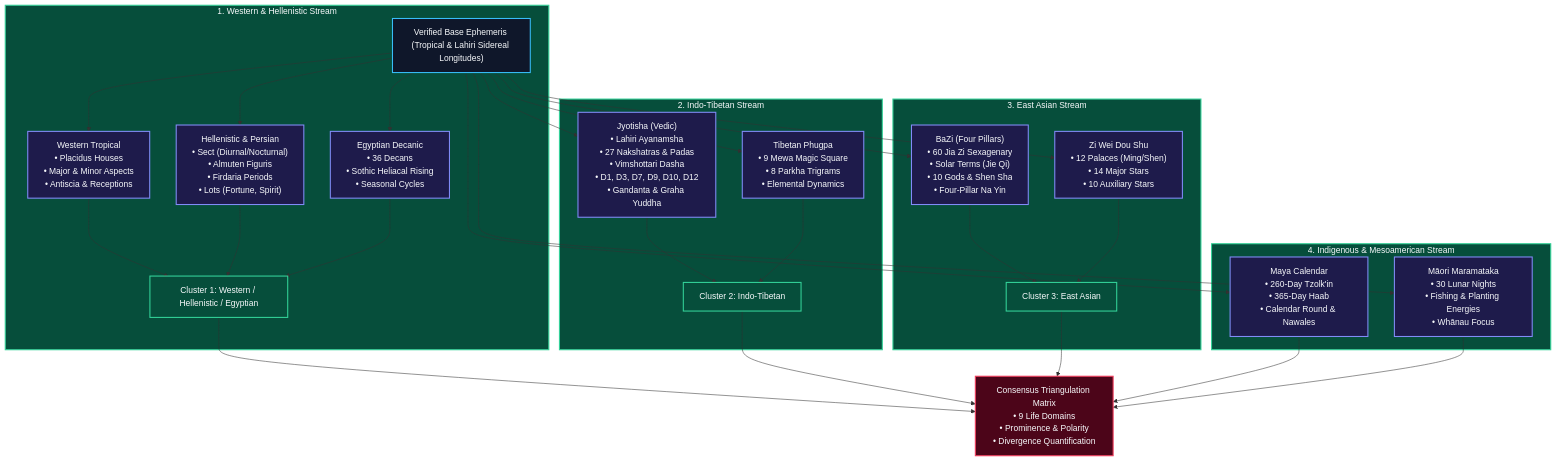
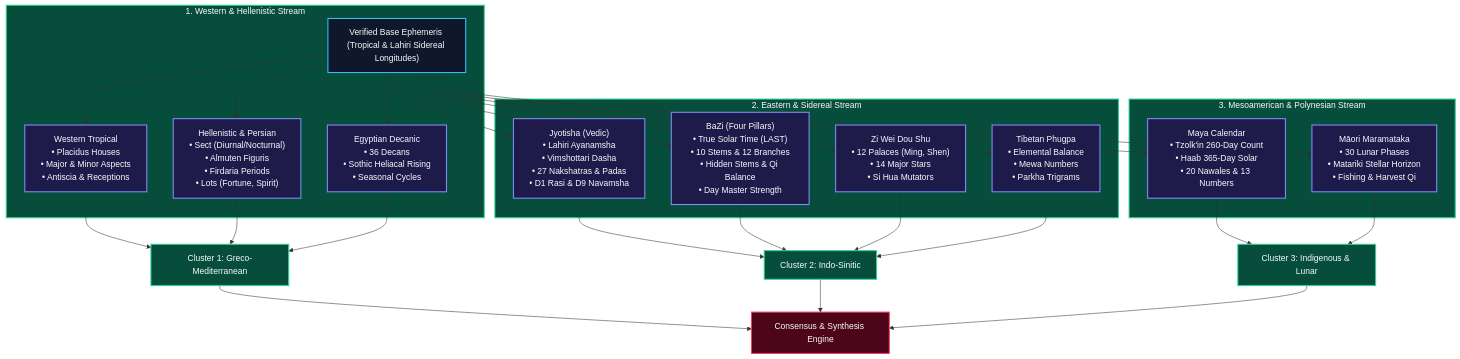
One commit to manvenpratap/Synodix changed the diagram in wiki/Nine-Traditions-Engine.md. Above: the diagram before and after it, drawn with Mermaid. The commit also changed other lines of this file and 4 other files, not shown here.

Commit message:
docs(wiki): remove legacy archify references and polish native Mermaid diagrams

````diff
--- a/wiki/Nine-Traditions-Engine.md
+++ b/wiki/Nine-Traditions-Engine.md
@@ -13,35 +9,33 @@
 ```mermaid
 flowchart TD
     classDef base fill:#0f172a,stroke:#38bdf8,stroke-width:2px,color:#f8fafc;
     classDef trad fill:#1e1b4b,stroke:#818cf8,stroke-width:2px,color:#f8fafc;
     classDef cluster fill:#064e3b,stroke:#34d399,stroke-width:2px,color:#f8fafc;
     classDef synth fill:#4c0519,stroke:#f43f5e,stroke-width:2px,color:#f8fafc;
 
     Ephem["Verified Base Ephemeris (Tropical & Lahiri Sidereal Longitudes)"]:::base
 
     subgraph Phase_Western ["1. Western & Hellenistic Stream"]
         Ephem --> West["Western Tropical\n• Placidus Houses\n• Major & Minor Aspects\n• Antiscia & Receptions"]:::trad
         Ephem --> Pers["Hellenistic & Persian\n• Sect (Diurnal/Nocturnal)\n• Almuten Figuris\n• Firdaria Periods\n• Lots (Fortune, Spirit)"]:::trad
         Ephem --> Egypt["Egyptian Decanic\n• 36 Decans\n• Sothic Heliacal Rising\n• Seasonal Cycles"]:::trad
-        West & Pers & Egypt --> C1["Cluster 1: Western / Hellenistic / Egyptian"]:::cluster
     end
 
-    subgraph Phase_Indo_Tibetan ["2. Indo-Tibetan Stream"]
-        Ephem --> Jyot["Jyotisha (Vedic)\n• Lahiri Ayanamsha\n• 27 Nakshatras & Padas\n• Vimshottari Dasha\n• D1, D3, D7, D9, D10, D12\n• Gandanta & Graha Yuddha"]:::trad
-        Ephem --> Tibet["Tibetan Phugpa\n• 9 Mewa Magic Square\n• 8 Parkha Trigrams\n• Elemental Dynamics"]:::trad
-        Jyot & Tibet --> C2["Cluster 2: Indo-Tibetan"]:::cluster
+    subgraph Phase_Eastern ["2. Eastern & Sidereal Stream"]
+        Ephem --> Vedic["Jyotisha (Vedic)\n• Lahiri Ayanamsha\n• Vimshottari Dasha\n• 27 Nakshatras & Padas\n• D1 Rasi & D9 Navamsha"]:::trad
+        Ephem --> BaZi["BaZi (Four Pillars)\n• True Solar Time (LAST)\n• 10 Stems & 12 Branches\n• Hidden Stems & Qi Balance\n• Day Master Strength"]:::trad
+        Ephem --> ZiWei["Zi Wei Dou Shu\n• 12 Palaces (Ming, Shen)\n• 14 Major Stars\n• Si Hua Mutators"]:::trad
+        Ephem --> Tibet["Tibetan Phugpa\n• Elemental Balance\n• Mewa Numbers\n• Parkha Trigrams"]:::trad
     end
 
-    subgraph Phase_East_Asian ["3. East Asian Stream"]
-        Ephem --> BaZi["BaZi (Four Pillars)\n• 60 Jia Zi Sexagenary\n• Solar Terms (Jie Qi)\n• 10 Gods & Shen Sha\n• Four-Pillar Na Yin"]:::trad
-        Ephem --> ZiWei["Zi Wei Dou Shu\n• 12 Palaces (Ming/Shen)\n• 14 Major Stars\n• 10 Auxiliary Stars"]:::trad
-        BaZi & ZiWei --> C3["Cluster 3: East Asian"]:::cluster
+    subgraph Phase_Indigenous ["3. Mesoamerican & Polynesian Stream"]
+        Ephem --> Maya["Maya Calendar\n• Tzolk'in 260-Day Count\n• Haab 365-Day Solar\n• 20 Nawales & 13 Numbers"]:::trad
+        Ephem --> Maori["Māori Maramataka\n• 30 Lunar Phases\n• Matariki Stellar Horizon\n• Fishing & Harvest Qi"]:::trad
     end
 
-    subgraph Phase_Indigenous ["4. Indigenous & Mesoamerican Stream"]
-        Ephem --> Maya["Maya Calendar\n• 260-Day Tzolk'in\n• 365-Day Haab\n• Calendar Round & Nawales"]:::trad
-        Ephem --> Maori["Māori Maramataka\n• 30 Lunar Nights\n• Fishing & Planting Energies\n• Whānau Focus"]:::trad
-    end
+    West & Pers & Egypt --> Clust1["Cluster 1: Greco-Mediterranean"]:::cluster
+    Vedic & BaZi & ZiWei & Tibet --> Clust2["Cluster 2: Indo-Sinitic"]:::cluster
+    Maya & Maori --> Clust3["Cluster 3: Indigenous & Lunar"]:::cluster
 
-    C1 & C2 & C3 & Maya & Maori --> Consensus["Consensus Triangulation Matrix\n• 9 Life Domains\n• Prominence & Polarity\n• Divergence Quantification"]:::synth
+    Clust1 & Clust2 & Clust3 --> Synth["Consensus & Synthesis Engine"]:::synth
 ```
````
